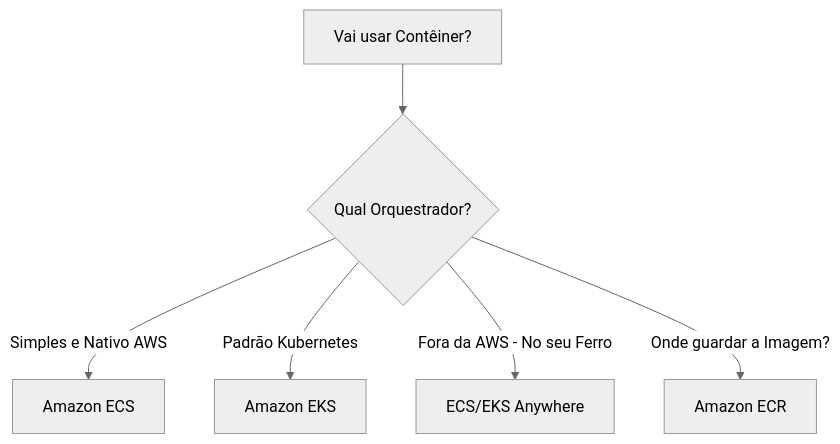
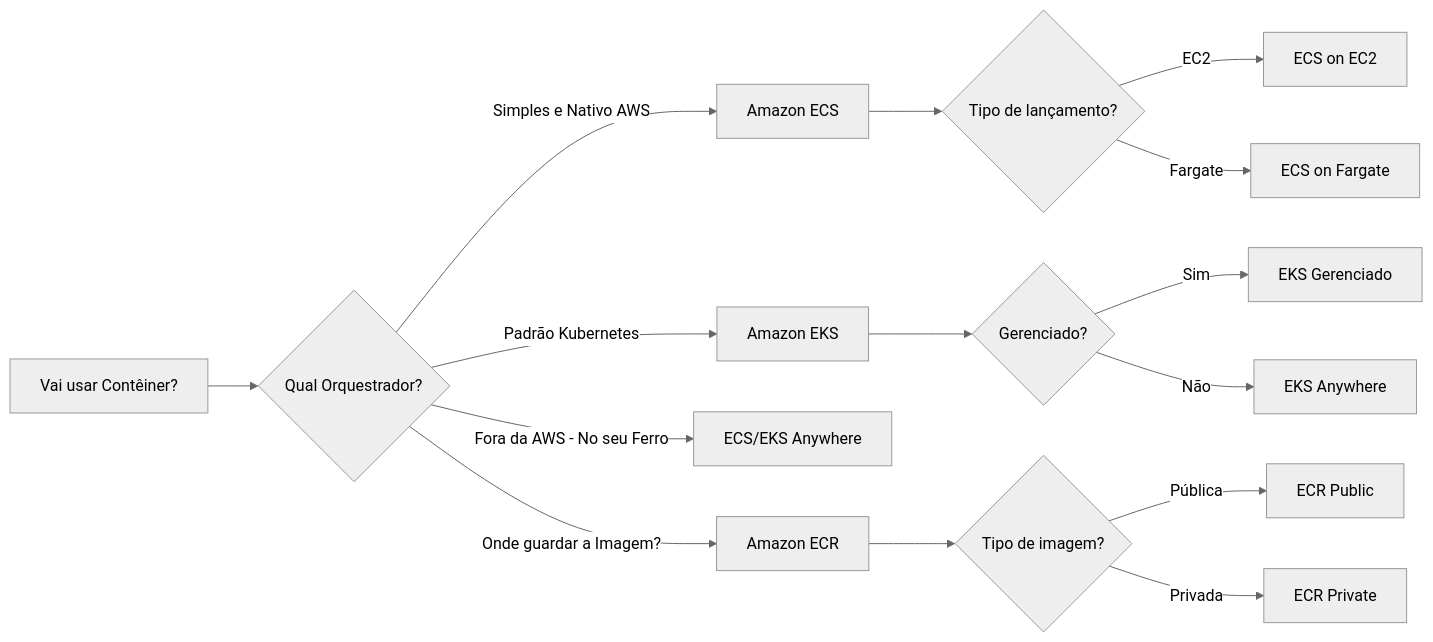
The fourth of 10 diagrams in FlashCards/Web/wwwroot/minimal/decision-trees-aws-services.md (marcelooliveira/flashcards-aws), drawn with Mermaid (neutral theme) before and after one commit. The commit also changed other lines of this file, not shown here.

````diff
--- a/FlashCards/Web/wwwroot/minimal/decision-trees-aws-services.md
+++ b/FlashCards/Web/wwwroot/minimal/decision-trees-aws-services.md
@@ -48,8 +112,17 @@
 ```mermaid
-graph TD
+graph LR
     A[Vai usar Contêiner?] --> B{Qual Orquestrador?}
     B -- Simples e Nativo AWS --> C[Amazon ECS]
+    C --> C1{Tipo de lançamento?}
+    C1 -- EC2 --> C2[ECS on EC2]
+    C1 -- Fargate --> C3[ECS on Fargate]
     B -- Padrão Kubernetes --> D[Amazon EKS]
+    D --> D1{Gerenciado?}
+    D1 -- Sim --> D2[EKS Gerenciado]
+    D1 -- Não --> D3[EKS Anywhere]
     B -- Fora da AWS - No seu Ferro --> E[ECS/EKS Anywhere]
     B -- Onde guardar a Imagem? --> F[Amazon ECR]
+    F --> F1{Tipo de imagem?}
+    F1 -- Pública --> F2[ECR Public]
+    F1 -- Privada --> F3[ECR Private]
 ```
````
